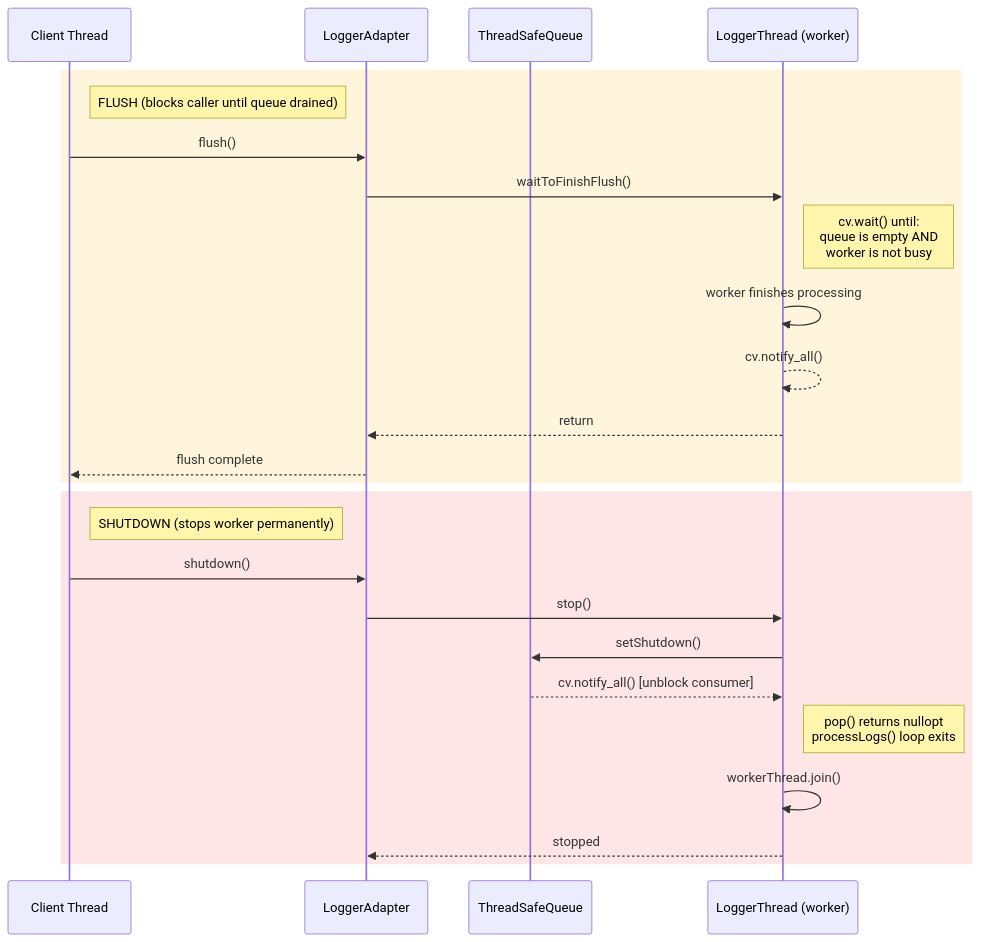
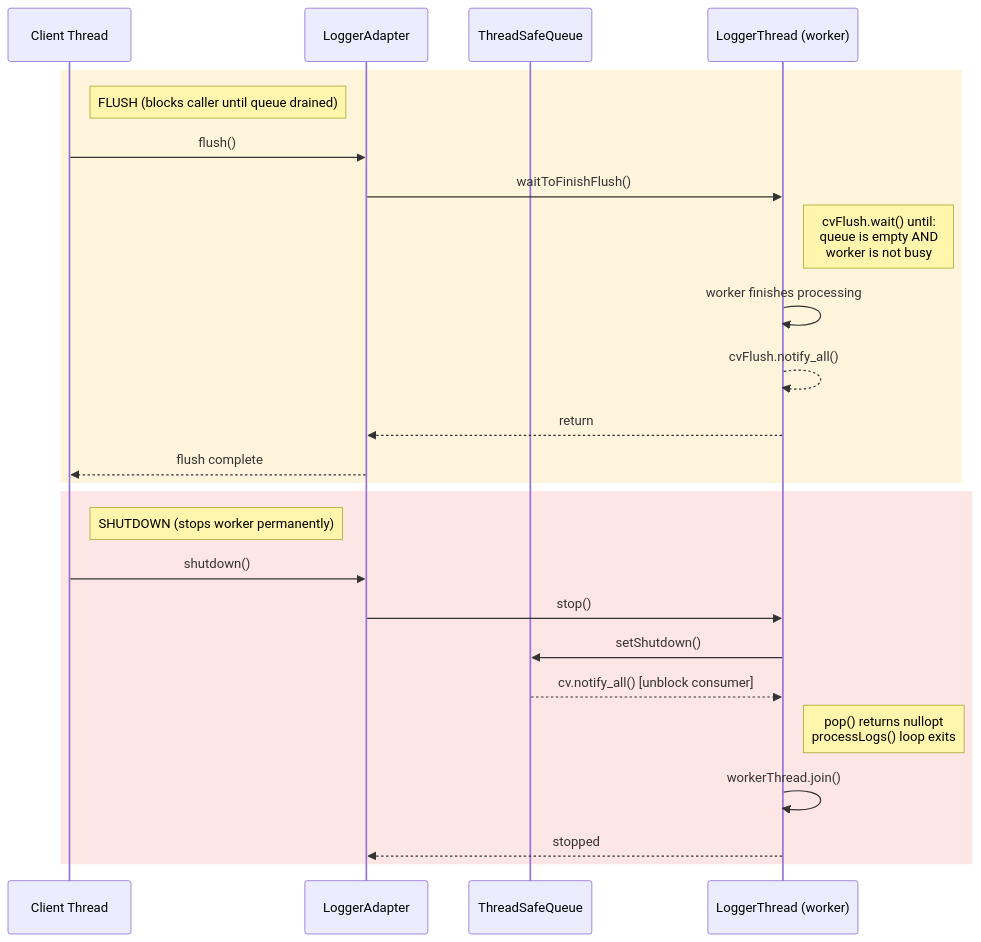
The third of 3 diagrams in Design_patterns/Design_pattern_project/Design_doc/Thread_Safe_Logger_Design.md (Pavan-Learning/my_cpp_program), drawn with Mermaid before and after one commit. The commit also changed other lines of this file and 12 other files, not shown here.

````diff
--- a/Design_patterns/Design_pattern_project/Design_doc/Thread_Safe_Logger_Design.md
+++ b/Design_patterns/Design_pattern_project/Design_doc/Thread_Safe_Logger_Design.md
@@ -168,29 +171,29 @@
 ```mermaid
 sequenceDiagram
     participant C as Client Thread
     participant LA as LoggerAdapter
     participant Q as ThreadSafeQueue
     participant LT as LoggerThread (worker)
 
     rect rgb(255, 245, 220)
     Note right of C: FLUSH (blocks caller until queue drained)
     C->>LA: flush()
     LA->>LT: waitToFinishFlush()
-    Note right of LT: cv.wait() until:<br/>queue is empty AND<br/>worker is not busy
+    Note right of LT: cvFlush.wait() until:<br/>queue is empty AND<br/>worker is not busy
     LT->>LT: worker finishes processing
-    LT-->>LT: cv.notify_all()
+    LT-->>LT: cvFlush.notify_all()
     LT-->>LA: return
     LA-->>C: flush complete
     end
 
     rect rgb(255, 230, 230)
     Note right of C: SHUTDOWN (stops worker permanently)
     C->>LA: shutdown()
     LA->>LT: stop()
     LT->>Q: setShutdown()
     Q-->>LT: cv.notify_all() [unblock consumer]
     Note right of LT: pop() returns nullopt<br/>processLogs() loop exits
     LT->>LT: workerThread.join()
     LT-->>LA: stopped
     end
 ```
````
